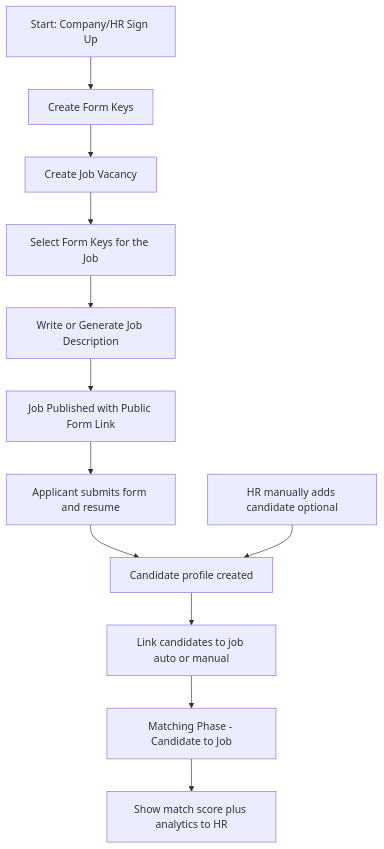
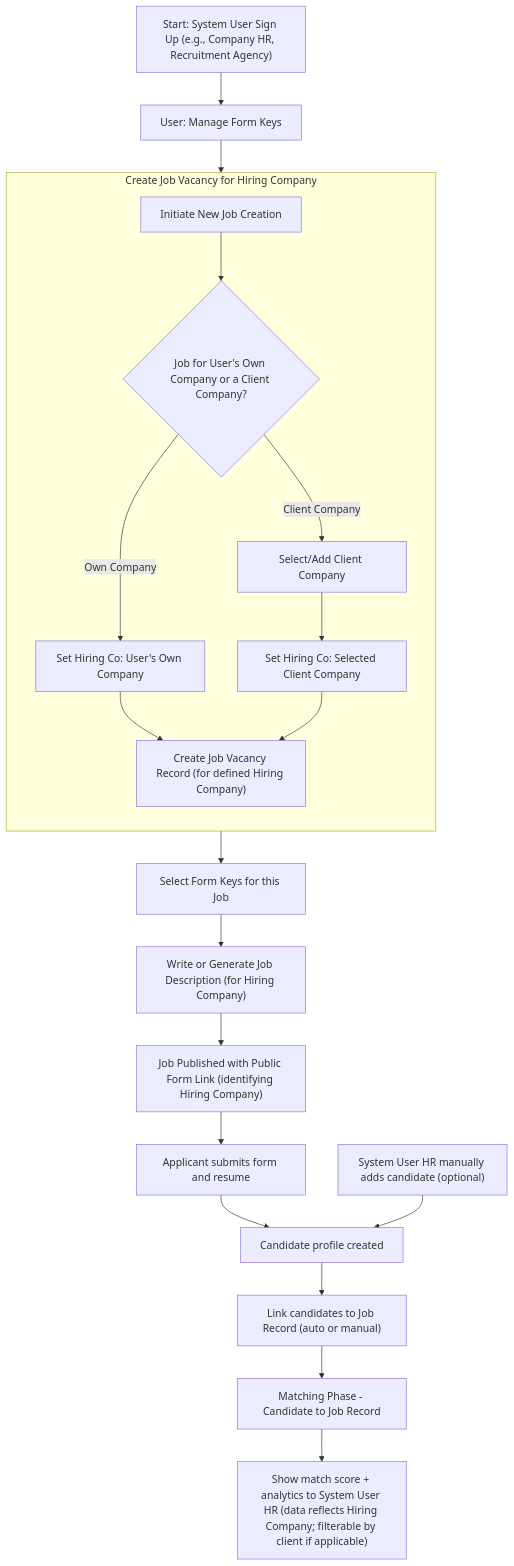
Before and after one commit to CharbelDaher34/hair-AI: the diagram in flow.md, drawn with Mermaid. The commit also changed 17 other files, not shown here.

````diff
--- a/flow.md
+++ b/flow.md
@@ -1,24 +1,48 @@
 ```mermaid
 flowchart TD
-    A[Start: Company/HR Sign Up]
-    B[Create Form Keys]
-    C[Create Job Vacancy]
-    D1[Select Form Keys for the Job]
-    D2[Write or Generate Job Description]
-    E[Job Published with Public Form Link]
-    F1[Applicant submits form and resume]
-    F2[Candidate profile created]
-    G[HR manually adds candidate optional]
-    H[Link candidates to job auto or manual]
-    I[Matching Phase - Candidate to Job]
-    J[Show match score plus analytics to HR]
+    A["Start: System User Sign Up (e.g., Company HR, Recruitment Agency)"]
+    B["User: Manage Form Keys"]
+
+    subgraph "Create Job Vacancy for Hiring Company"
+        direction TB
+        C0["Initiate New Job Creation"]
+        C1_Decision{"Job for User's Own Company or a Client Company?"}
+        
+        C1_Decision -- "Own Company" --> C2_Own["Set Hiring Co: User's Own Company"]
+        C1_Decision -- "Client Company" --> C2_Client_Mgmt["Select/Add Client Company"]
+        
+        C2_Client_Mgmt --> C3_Client["Set Hiring Co: Selected Client Company"]
+        
+        C_JobRecord["Create Job Vacancy Record (for defined Hiring Company)"]
+        
+        C2_Own --> C_JobRecord
+        C3_Client --> C_JobRecord
+    end
+
+    D1["Select Form Keys for this Job"]
+    D2["Write or Generate Job Description (for Hiring Company)"]
+    E["Job Published with Public Form Link (identifying Hiring Company)"]
+    
+    F1["Applicant submits form and resume"]
+    F2["Candidate profile created"]
+    G["System User HR manually adds candidate (optional)"]
+    
+    H["Link candidates to Job Record (auto or manual)"]
+    I["Matching Phase - Candidate to Job Record"]
+    J["Show match score + analytics to System User HR (data reflects Hiring Company; filterable by client if applicable)"]
 
     A --> B
-    B --> C
-    C --> D1 --> D2 --> E
-    E --> F1 --> F2
+    B --> C0
+    C0 --> C1_Decision
+    
+    C_JobRecord --> D1
+    D1 --> D2
+    D2 --> E
+    
+    E --> F1
+    F1 --> F2
     G --> F2
     F2 --> H
     H --> I
     I --> J
 ```
````
